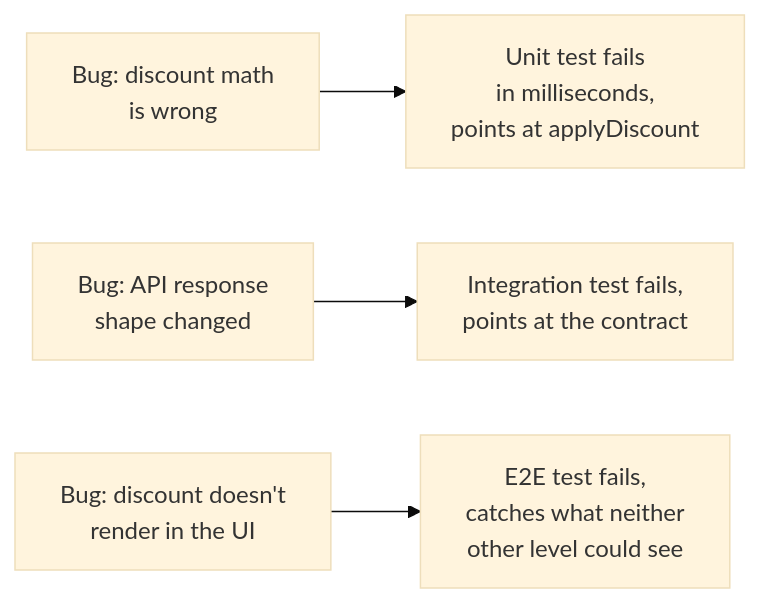
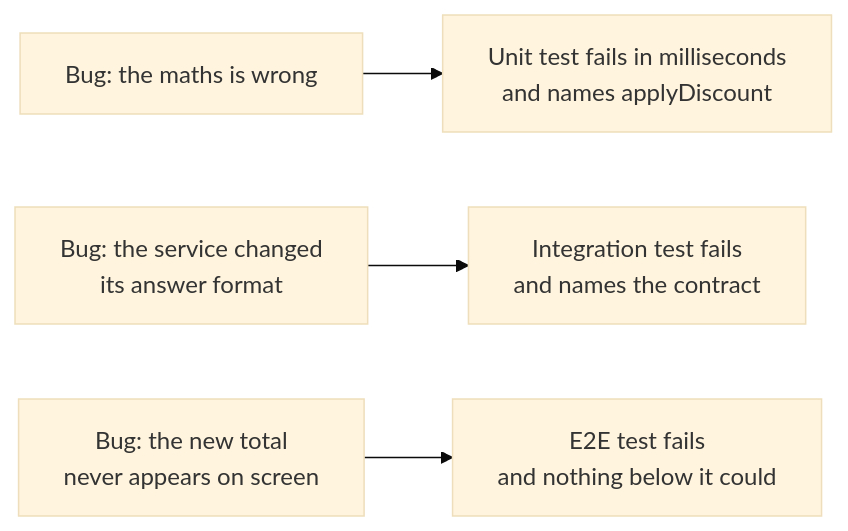
The first of 2 diagrams in src/content/testing-quality/test-pyramid/L3-deep-dive.mdx (francoandreDev/knowledge), drawn with Mermaid (base theme) before and after one commit. The commit also changed other lines of this file and 19 other files, not shown here.

````diff
--- a/src/content/testing-quality/test-pyramid/L3-deep-dive.mdx
+++ b/src/content/testing-quality/test-pyramid/L3-deep-dive.mdx
@@ -149,6 +75,6 @@
 ```mermaid
 flowchart LR
-    Bug1["Bug: discount math\nis wrong"] --> Unit["Unit test fails\nin milliseconds,\npoints at applyDiscount"]
-    Bug2["Bug: API response\nshape changed"] --> Integration["Integration test fails,\npoints at the contract"]
-    Bug3["Bug: discount doesn't\nrender in the UI"] --> E2E["E2E test fails,\ncatches what neither\nother level could see"]
+    B1["Bug: the maths is wrong"] --> U["Unit test fails in milliseconds<br/>and names applyDiscount"]
+    B2["Bug: the service changed<br/>its answer format"] --> I["Integration test fails<br/>and names the contract"]
+    B3["Bug: the new total<br/>never appears on screen"] --> E["E2E test fails<br/>and nothing below it could"]
 ```
````
